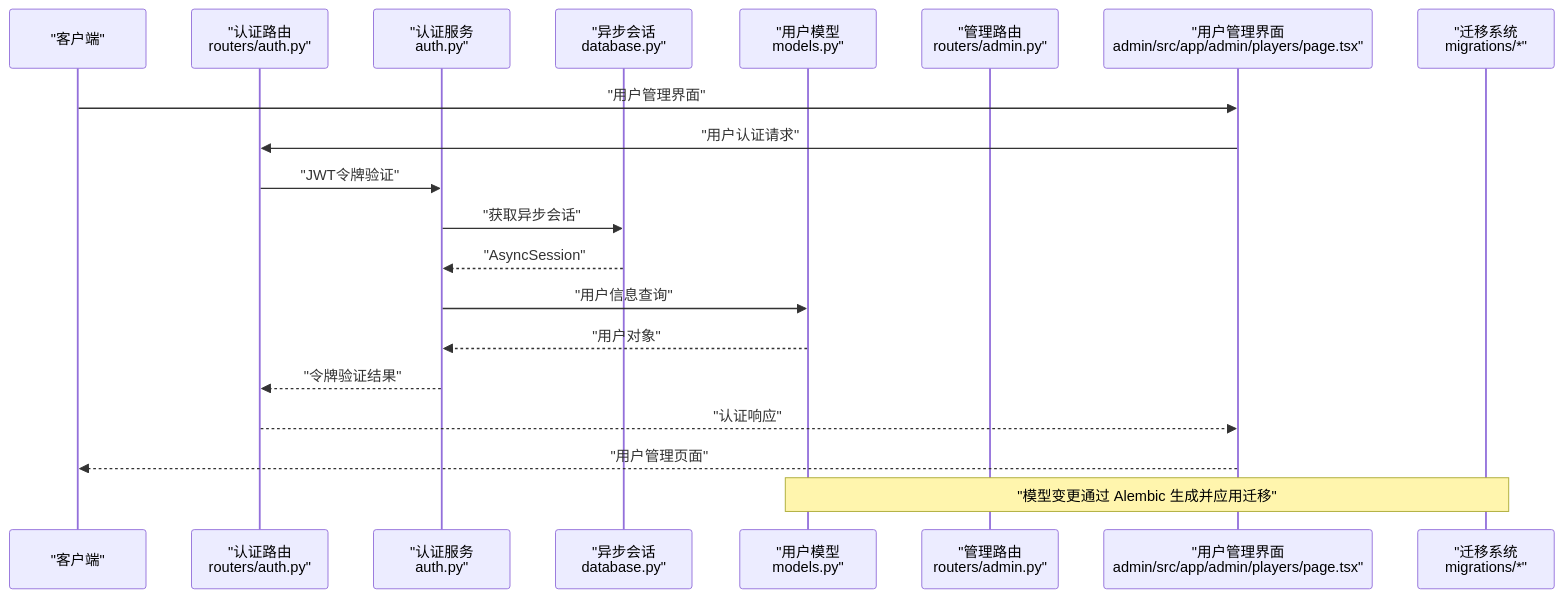
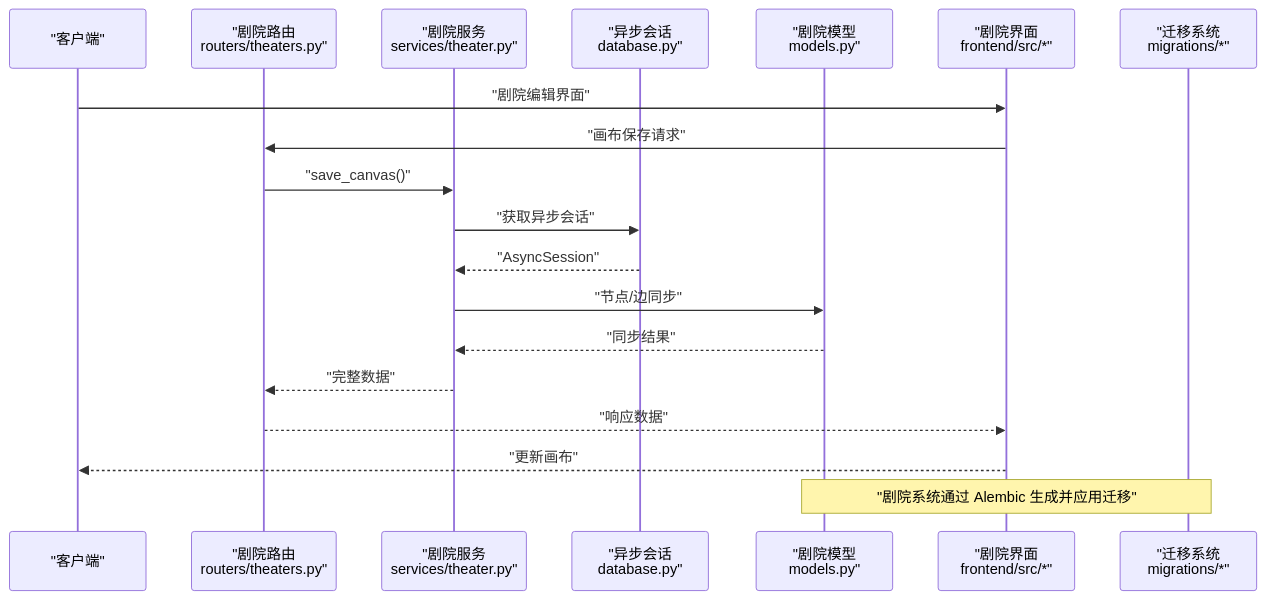
Before and after one commit to KunLabAI/KunFlix: the second of 5 diagrams in .qoder/repowiki/zh/content/后端开发指南/数据库模型设计.md, drawn with Mermaid. The commit also changed other lines of this file and 39 other files, not shown here.

````diff
--- a/.qoder/repowiki/zh/content/后端开发指南/数据库模型设计.md
+++ b/.qoder/repowiki/zh/content/后端开发指南/数据库模型设计.md
@@ -157,22 +154,21 @@
 ```mermaid
 sequenceDiagram
 participant Client as "客户端"
-participant AuthRouter as "认证路由<br/>routers/auth.py"
-participant AuthService as "认证服务<br/>auth.py"
+participant TheaterRouter as "剧院路由<br/>routers/theaters.py"
+participant TheaterService as "剧院服务<br/>services/theater.py"
 participant Session as "异步会话<br/>database.py"
-participant UserModel as "用户模型<br/>models.py"
-participant AdminRouter as "管理路由<br/>routers/admin.py"
-participant Frontend as "用户管理界面<br/>admin/src/app/admin/players/page.tsx"
+participant TheaterModel as "剧院模型<br/>models.py"
+participant Frontend as "剧院界面<br/>frontend/src/*"
 participant Alembic as "迁移系统<br/>migrations/*"
-Client->>Frontend : "用户管理界面"
-Frontend->>AuthRouter : "用户认证请求"
-AuthRouter->>AuthService : "JWT令牌验证"
-AuthService->>Session : "获取异步会话"
-Session-->>AuthService : "AsyncSession"
-AuthService->>UserModel : "用户信息查询"
-UserModel-->>AuthService : "用户对象"
-AuthService-->>AuthRouter : "令牌验证结果"
-AuthRouter-->>Frontend : "认证响应"
-Frontend-->>Client : "用户管理页面"
-Note over Alembic,UserModel : "模型变更通过 Alembic 生成并应用迁移"
+Client->>Frontend : "剧院编辑界面"
+Frontend->>TheaterRouter : "画布保存请求"
+TheaterRouter->>TheaterService : "save_canvas()"
+TheaterService->>Session : "获取异步会话"
+Session-->>TheaterService : "AsyncSession"
+TheaterService->>TheaterModel : "节点/边同步"
+TheaterModel-->>TheaterService : "同步结果"
+TheaterService-->>TheaterRouter : "完整数据"
+TheaterRouter-->>Frontend : "响应数据"
+Frontend-->>Client : "更新画布"
+Note over Alembic,TheaterModel : "剧院系统通过 Alembic 生成并应用迁移"
 ```
````
